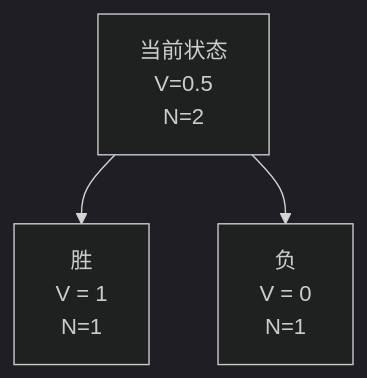
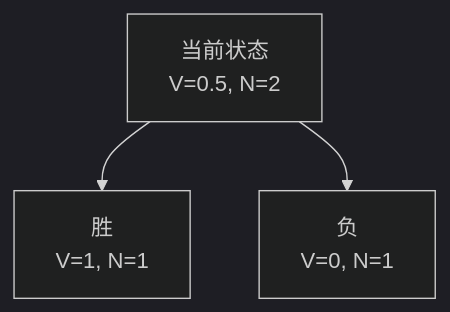
The eighth of 8 diagrams in source/_posts/computer/AI学习/蒙地卡罗树与AlphaGo.md (Aquietzero/nullspace), drawn with Mermaid (dark theme) before and after one commit. The commit also changed other lines of this file and 1 other file, not shown here.

Commit message:
add: recent posts

````diff
--- a/source/_posts/computer/AI学习/蒙地卡罗树与AlphaGo.md
+++ b/source/_posts/computer/AI学习/蒙地卡罗树与AlphaGo.md
@@ -364,5 +364,5 @@
 ```mermaid
 graph TD
-    s[当前状态<br>V=0.5<br>N=2] --> s1[胜<br>V = 1<br>N=1]
-    s --> s2[负<br>V = 0<br>N=1]
+    s[当前状态<br>V=0.5, N=2] --> s1[胜<br>V=1, N=1]
+    s --> s2[负<br>V=0, N=1]
 ```
````
